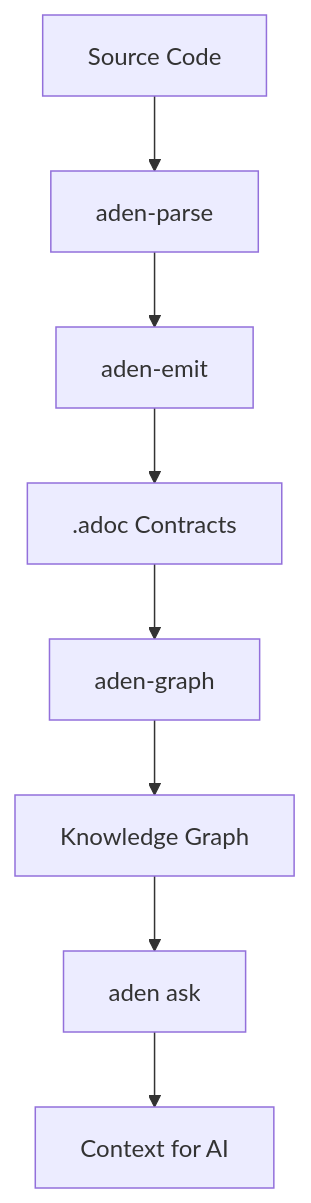
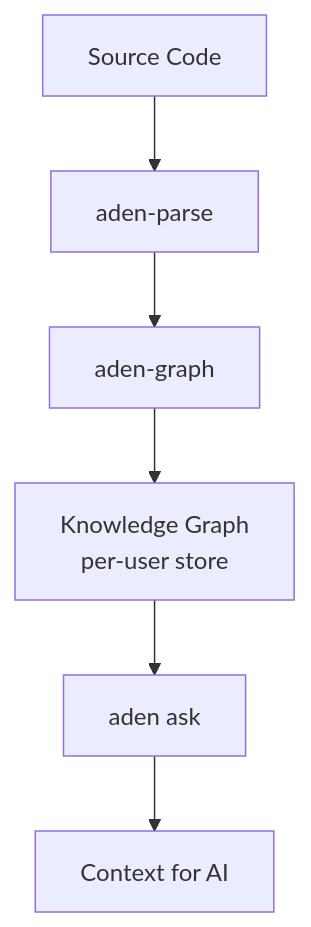
One commit to RioPlay/aden changed the first of 4 diagrams in docs/architecture.adoc. Above: the diagram before and after it, drawn with Mermaid. The commit also changed other lines of this file and 9 other files, not shown here.

```diff
--- a/docs/architecture.adoc
+++ b/docs/architecture.adoc
@@ -31,11 +32,9 @@
 [mermaid, aden-flowchart, svg]
 ----
 flowchart TD
     A[Source Code] --> B[aden-parse]
-    B --> C[aden-emit]
-    C --> D[.adoc Contracts]
-    D --> E[aden-graph]
-    E --> F[Knowledge Graph]
+    B --> E[aden-graph]
+    E --> F[Knowledge Graph<br/>per-user store]
     F --> G[aden ask]
     G --> H[Context for AI]
 ----
```
